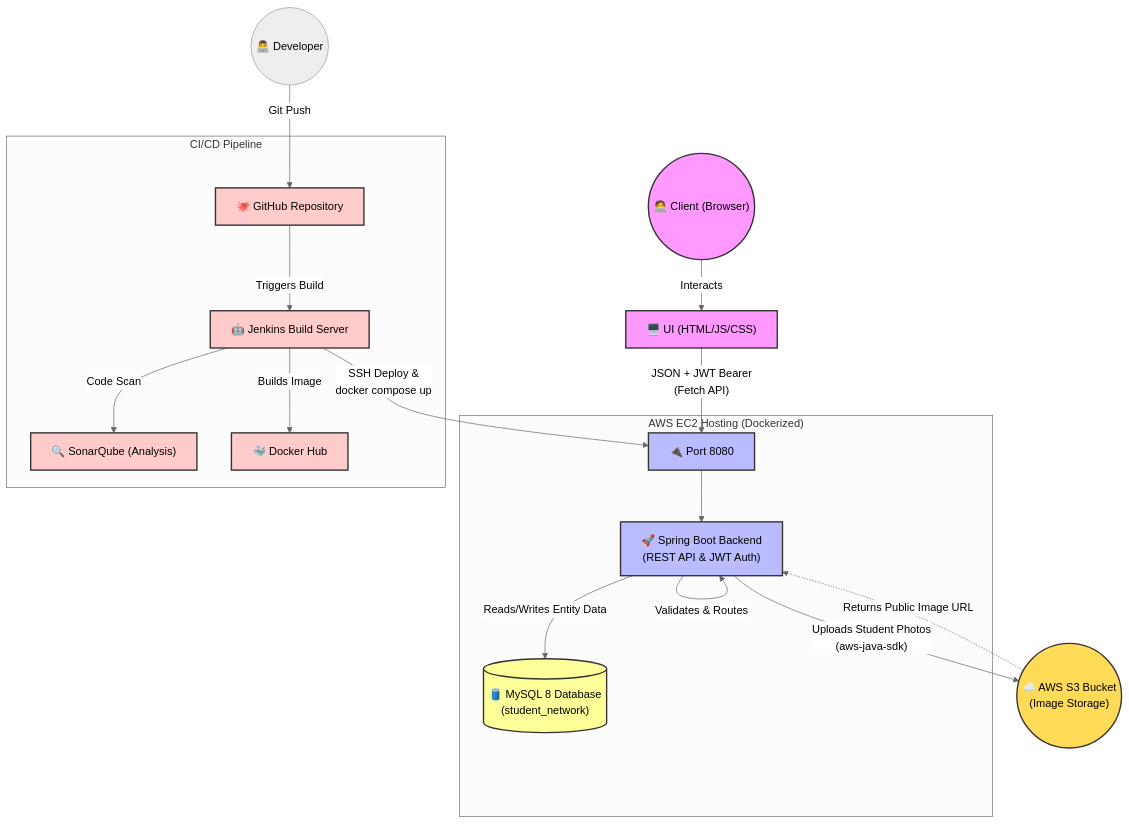
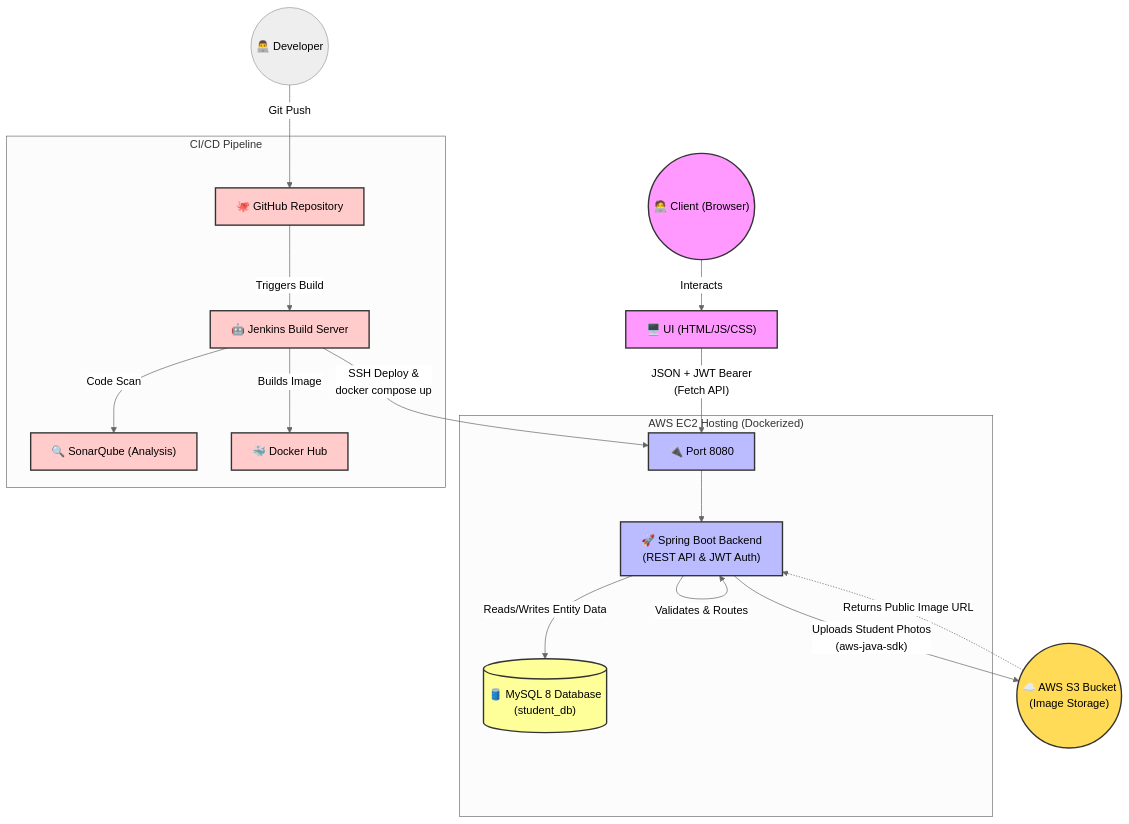
One commit to raghavendra2006/Student-Management changed the diagram in README.md. Above: the diagram before and after it, drawn with Mermaid (neutral theme). The commit also changed other lines of this file, not shown here.

````diff
--- a/README.md
+++ b/README.md
@@ -23,45 +23,45 @@
 ```mermaid
 graph TD
     %% Define Styles
     classDef client fill:#f9f,stroke:#333,stroke-width:2px;
     classDef server fill:#bbf,stroke:#333,stroke-width:2px;
     classDef db fill:#ff9,stroke:#333,stroke-width:2px;
     classDef cloud fill:#ffdb58,stroke:#333,stroke-width:2px;
     classDef devops fill:#ffcccb,stroke:#333,stroke-width:2px;
 
     %% Nodes
     User(("🧑‍💻 Client (Browser)")):::client
     UI["🖥️ UI (HTML/JS/CSS)"]:::client
     
     subgraph "AWS EC2 Hosting (Dockerized)"
         Gateway["🔌 Port 8080"]:::server
         App["🚀 Spring Boot Backend <br>(REST API & JWT Auth)"]:::server
-        MySQL[("🛢️ MySQL 8 Database <br> (student_network)")]:::db
+        MySQL[("🛢️ MySQL 8 Database <br> (student_db)")]:::db
     end
 
     S3(("☁️ AWS S3 Bucket <br> (Image Storage)")):::cloud
     
     subgraph "CI/CD Pipeline"
         GitHub["🐙 GitHub Repository"]:::devops
         Jenkins["🤖 Jenkins Build Server"]:::devops
         Sonar["🔍 SonarQube (Analysis)"]:::devops
         DockerHub["🐳 Docker Hub"]:::devops
     end
 
     %% Workflow / Connections
     User -- "Interacts" --> UI
     UI -- "JSON + JWT Bearer <br> (Fetch API)" --> Gateway
     Gateway --> App
     
     App -- "Validates & Routes" --> App
     App -- "Reads/Writes Entity Data" --> MySQL
     App -- "Uploads Student Photos <br> (aws-java-sdk)" --> S3
     S3 -. "Returns Public Image URL" .-> App
     
     %% CI/CD Workflow
     Developer(("👨‍💻 Developer")) -->|Git Push| GitHub
     GitHub -->|Triggers Build| Jenkins
     Jenkins -->|Code Scan| Sonar
     Jenkins -->|Builds Image| DockerHub
     Jenkins -->|SSH Deploy & <br> docker compose up| Gateway
 ```
````
